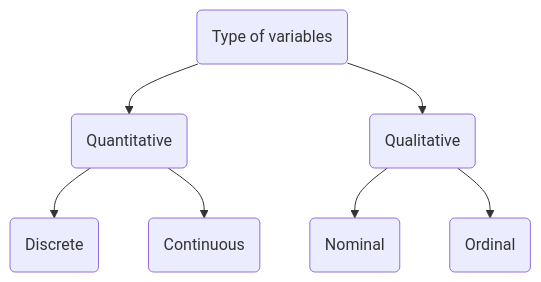
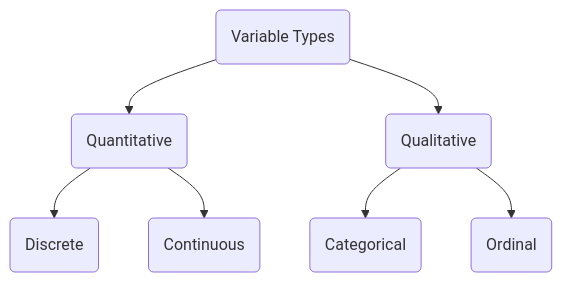
Before and after one commit to stesiam/stesiam.github.io: the first of 2 diagrams in posts/predict-possible-clients/index.qmd, drawn with Mermaid. The commit also changed other lines of this file and 11 other files, not shown here.

````diff
--- a/posts/predict-possible-clients/index.qmd
+++ b/posts/predict-possible-clients/index.qmd
@@ -147,13 +254,13 @@
 ```{mermaid}
 %%| echo: false
 %%| label: fig-diagram-var-types
-%%| title: "Diagram about type of variables"
-%%| fig-cap: Type of variables based on its values
+%%| title: "Variable types diagram"
+%%| fig-cap: Variable classification based on their values
 graph TD;
-  A(Type of variables) --> B(Quantitative)
-  A(Type of variables) --> C(Qualitative)
+  A(Variable Types) --> B(Quantitative)
+  A(Variable Types) --> C(Qualitative)
   B --> D(Discrete)
   B --> E(Continuous)
-  C --> J(Nominal)
+  C --> J(Categorical)
   C --> G(Ordinal)
 ```
````
